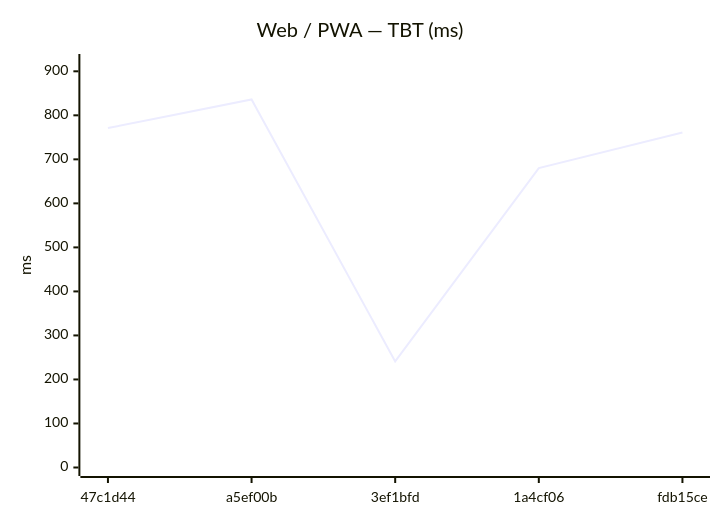
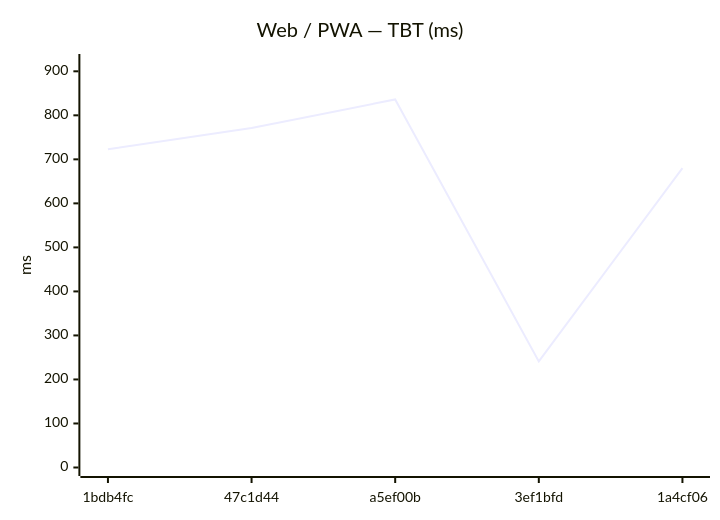
One commit to Metaheurist/Rianell changed the sixth of 12 diagrams in benchmarks/compare.md. Above: the diagram before and after it, drawn with Mermaid. The commit also changed other lines of this file and 8 other files, not shown here.

````diff
--- a/benchmarks/compare.md
+++ b/benchmarks/compare.md
@@ -89,7 +89,7 @@
 ```mermaid
 xychart-beta
     title "Web / PWA — TBT (ms)"
-    x-axis ["47c1d44", "a5ef00b", "3ef1bfd", "1a4cf06", "fdb15ce"]
+    x-axis ["1bdb4fc", "47c1d44", "a5ef00b", "3ef1bfd", "1a4cf06"]
     y-axis "ms" 0 --> 920
-    line [771, 836, 241, 680, 761]
+    line [723, 771, 836, 241, 680]
 ```
````
